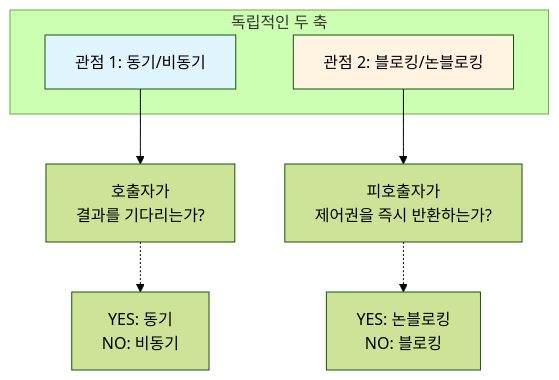
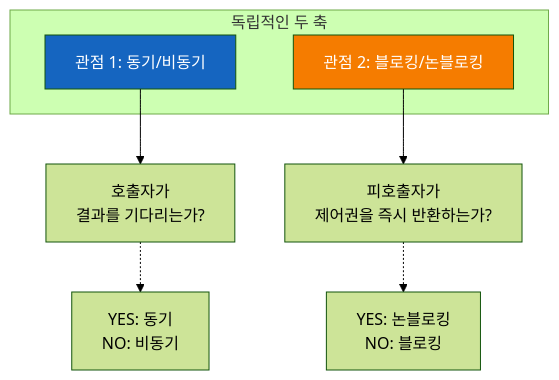
One commit to sskim91/TIL changed the fifth of 14 diagrams in computer-science/동기-비동기-블로킹-논블로킹.md. Above: the diagram before and after it, drawn with Mermaid (forest theme). The commit also changed other lines of this file and 1 other file, not shown here.

````diff
--- a/computer-science/동기-비동기-블로킹-논블로킹.md
+++ b/computer-science/동기-비동기-블로킹-논블로킹.md
@@ -330,16 +330,16 @@
 ```mermaid
 graph TB
     subgraph "독립적인 두 축"
         A[관점 1: 동기/비동기]
         B[관점 2: 블로킹/논블로킹]
     end
 
     A --> C[호출자가<br/>결과를 기다리는가?]
     B --> D[피호출자가<br/>제어권을 즉시 반환하는가?]
 
     C -.-> E[YES: 동기<br/>NO: 비동기]
     D -.-> F[YES: 논블로킹<br/>NO: 블로킹]
 
-    style A fill:#e1f5ff
-    style B fill:#fff4e1
+    style A fill:#1565C0,color:#fff
+    style B fill:#F57C00,color:#fff
 ```
````
